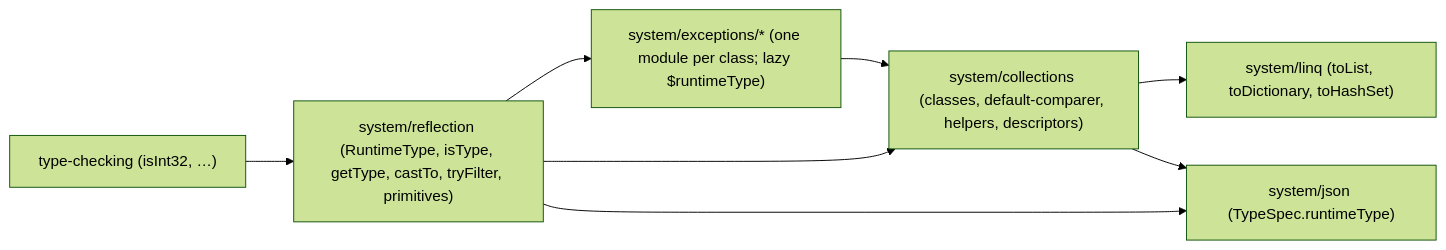
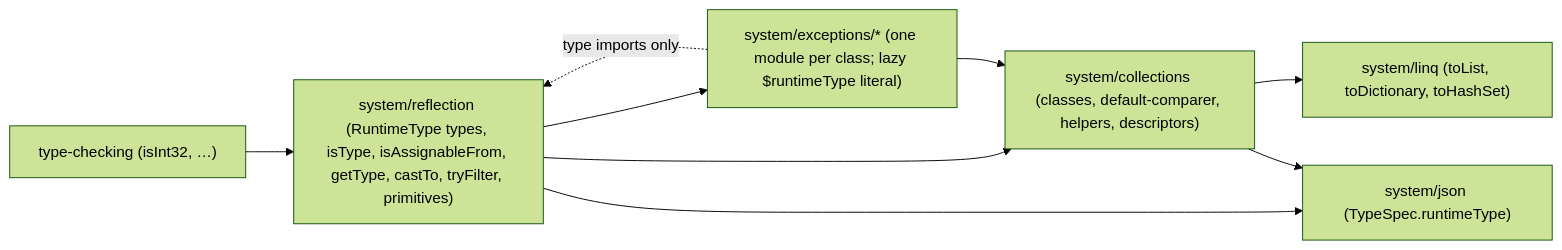
Before and after one commit to danfma/metano: the second of 2 diagrams in specs/011-runtime-collections-and-types/data-model.md, drawn with Mermaid (forest theme). The commit also changed other lines of this file and 12 other files, not shown here.

First line of the commit message:
docs: apply the second critic pass to the runtime collections specification (#335)

````diff
--- a/specs/011-runtime-collections-and-types/data-model.md
+++ b/specs/011-runtime-collections-and-types/data-model.md
@@ -168,10 +169,11 @@
 ```mermaid
 flowchart LR
-  typechecking["type-checking (isInt32, …)"] --> reflection["system/reflection (RuntimeType, isType, getType, castTo, tryFilter, primitives)"]
-  reflection --> exceptions["system/exceptions/* (one module per class; lazy $runtimeType)"]
-  exceptions --> collections["system/collections (classes, default-comparer, helpers, descriptors)"]
-  reflection --> collections
+  typechecking["type-checking (isInt32, …)"] --> reflection["system/reflection (RuntimeType types, isType, isAssignableFrom, getType, castTo, tryFilter, primitives)"]
+  exceptions["system/exceptions/* (one module per class; lazy $runtimeType literal)"] -. "type imports only" .-> reflection
+  reflection --> collections["system/collections (classes, default-comparer, helpers, descriptors)"]
+  exceptions --> collections
+  reflection --> exceptions
   collections --> linq["system/linq (toList, toDictionary, toHashSet)"]
   reflection --> json["system/json (TypeSpec.runtimeType)"]
   collections --> json
 ```
````
